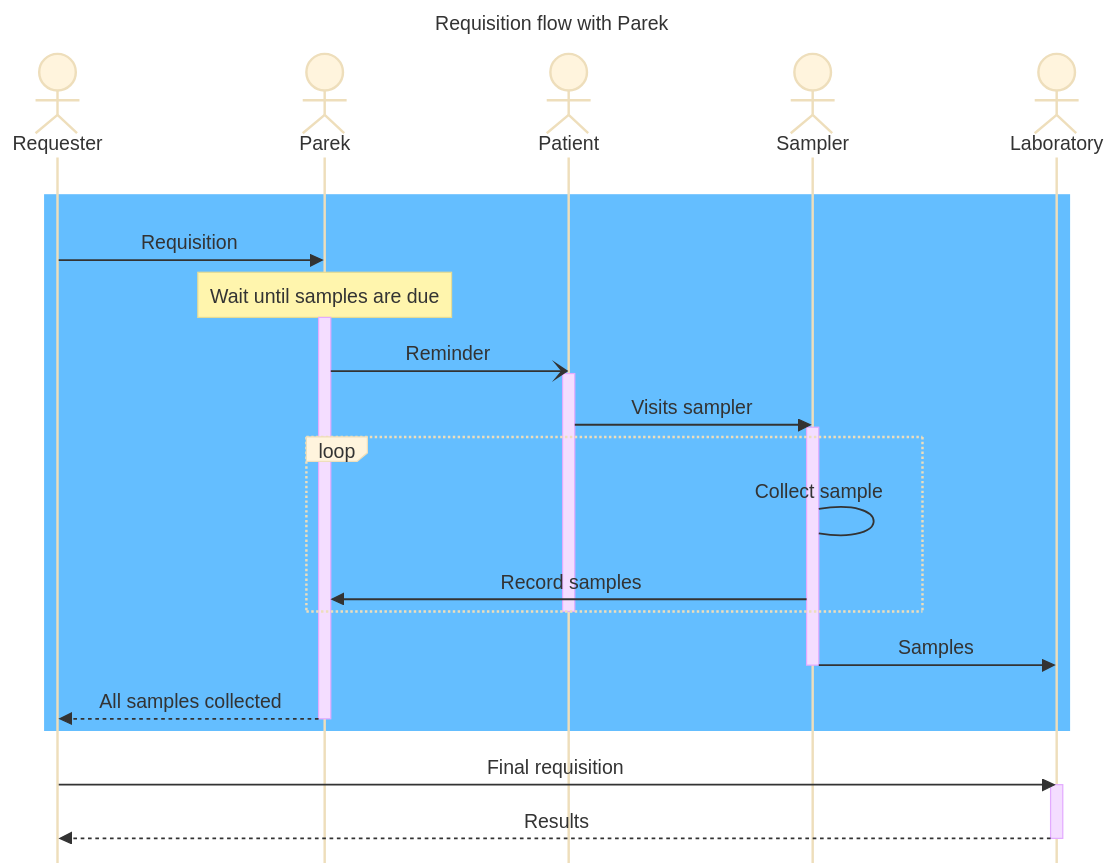
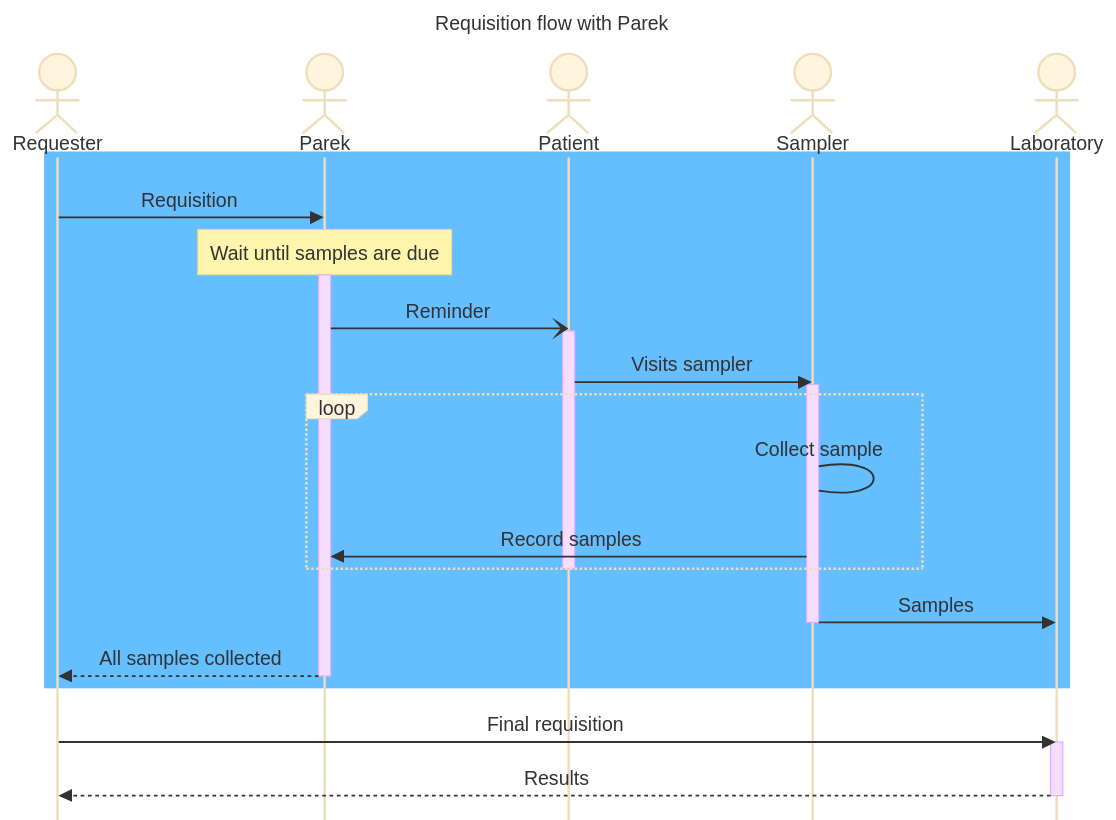
The second of 3 diagrams in ParekIG/input/pagecontent/index.md (HL7Norway/PasientensRekvisisjoner-Parek), drawn with Mermaid before and after one commit. The commit also changed other lines of this file, not shown here.

Commit message:
Try container style

````diff
--- a/ParekIG/input/pagecontent/index.md
+++ b/ParekIG/input/pagecontent/index.md
@@ -54,43 +55,42 @@
 ```mermaid
 ---
 title: Requisition flow with Parek
 ---
 %%{init: {
     'sequence': {
         'mirrorActors':false,
-        'useMaxHeight': false,
-        'height':100
+        'useMaxHeight': false
         },
     'theme': 'base'
     }
 }%%
 sequenceDiagram
     actor Requester
     actor Parek
     actor Patient
     actor Sampler
     actor Laboratory
 
     rect rgb(100, 190, 255)
         Requester->>Parek: Requisition
         Note over Parek: Wait until samples are due
         activate Parek
         Parek-)Patient: Reminder
         activate Patient
         Patient->>Sampler: Visits sampler
         activate Sampler
         loop
             Sampler->Sampler: Collect sample
             Sampler->>Parek: Record samples
         end
         deactivate Patient
         Sampler->>Laboratory: Samples
         deactivate Sampler
         Parek-->>Requester: All samples collected
         deactivate Parek
     end
     Requester->>Laboratory: Final requisition
     activate Laboratory
     Laboratory-->>Requester: Results
     deactivate Laboratory
 ```
````
